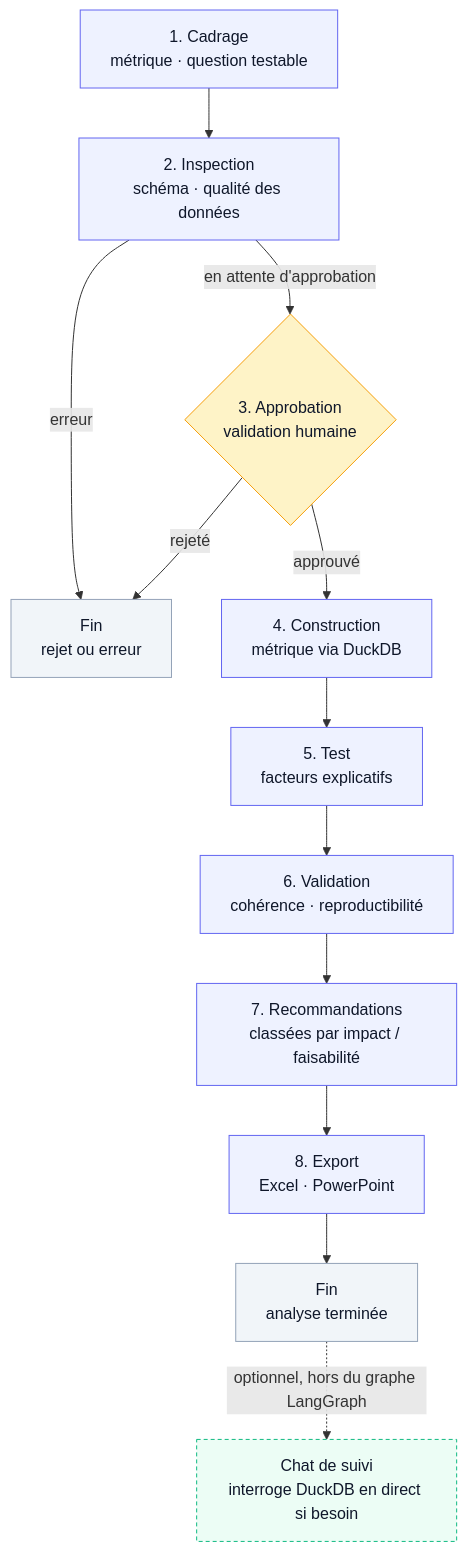
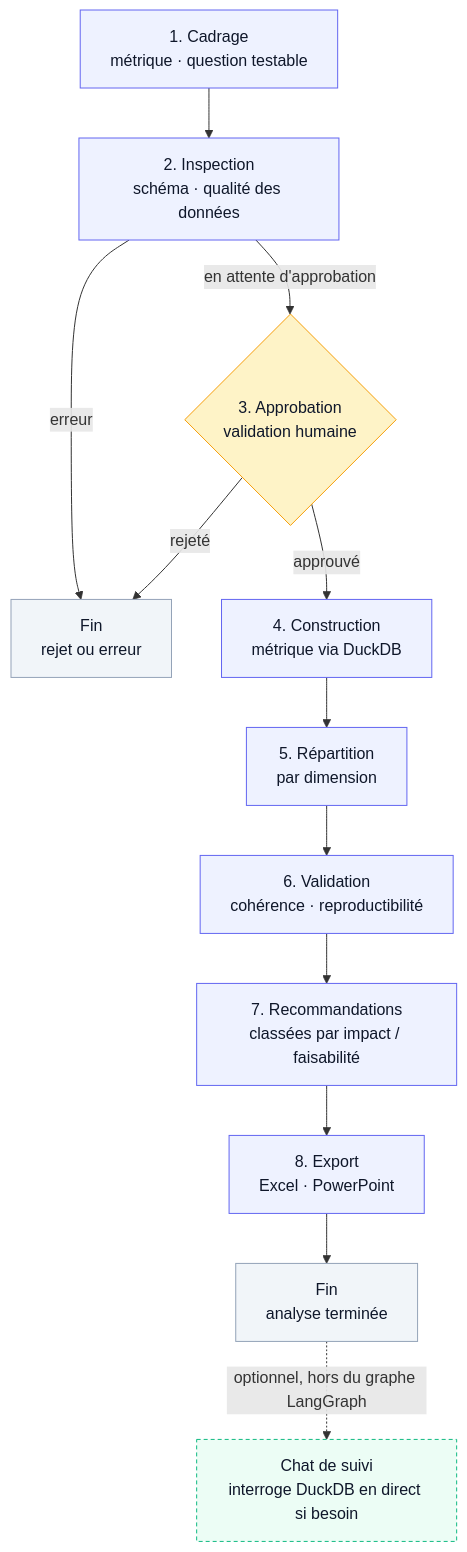
The diagram in docs/architecture.mmd (Nyamey/ai-data-agent), drawn with Mermaid before and after one commit. The commit also changed 8 other files, not shown here.

````diff
--- a/docs/architecture.mmd
+++ b/docs/architecture.mmd
@@ -1,24 +1,24 @@
-%% Workflow de l'agent ai-data-agent (LangGraph) -- reflète les arêtes
+%% Workflow de l'agent ai-data-agent (LangGraph), qui reflète les arêtes
 %% réelles de agent/graph.py (build_agent_graph). Rendu automatiquement
 %% par GitHub dans un bloc ```mermaid
 flowchart TD
     A[1. Cadrage<br/>métrique · question testable] --> B[2. Inspection<br/>schéma · qualité des données]
     B -->|en attente d'approbation| C{3. Approbation<br/>validation humaine}
     B -->|erreur| X[Fin<br/>rejet ou erreur]
     C -->|rejeté| X
     C -->|approuvé| D[4. Construction<br/>métrique via DuckDB]
-    D --> E[5. Test<br/>facteurs explicatifs]
+    D --> E[5. Répartition<br/>par dimension]
     E --> F[6. Validation<br/>cohérence · reproductibilité]
     F --> G[7. Recommandations<br/>classées par impact / faisabilité]
     G --> H[8. Export<br/>Excel · PowerPoint]
     H --> Y[Fin<br/>analyse terminée]
     Y -.->|optionnel, hors du graphe LangGraph| Z[Chat de suivi<br/>interroge DuckDB en direct si besoin]
 
     classDef step fill:#eef2ff,stroke:#6366f1,color:#0f172a;
     classDef human fill:#fef3c7,stroke:#f59e0b,color:#0f172a;
     classDef term fill:#f1f5f9,stroke:#94a3b8,color:#0f172a;
     classDef extra fill:#ecfdf5,stroke:#10b981,color:#0f172a,stroke-dasharray: 4 3;
     class A,B,D,E,F,G,H step;
     class C human;
     class X,Y term;
     class Z extra;
````
